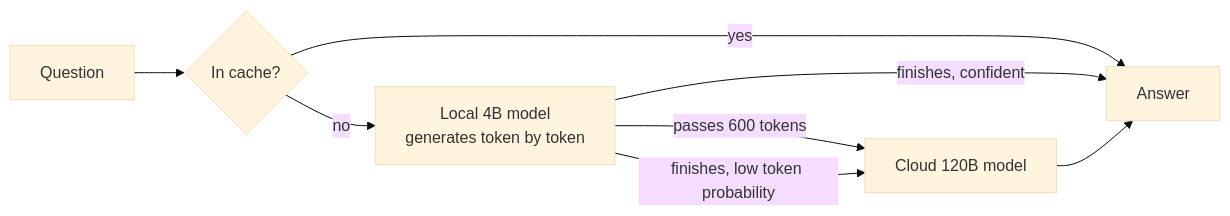
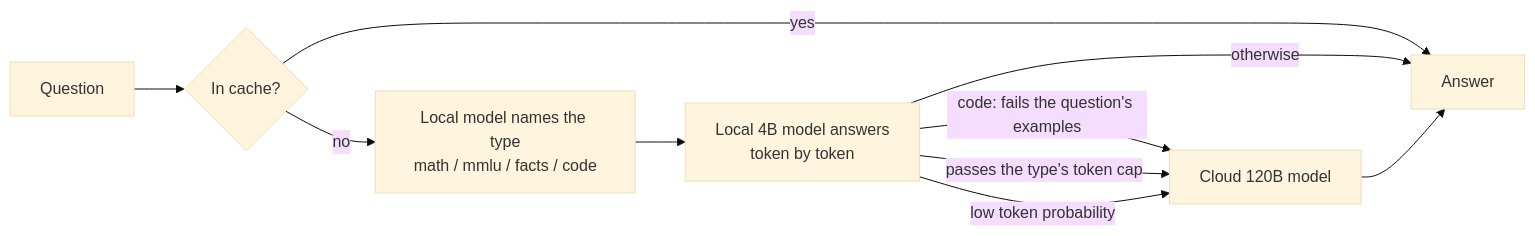
The diagram in README.md (amarshiv1966-sys/local-first-router), drawn with Mermaid (base theme) before and after one commit. The commit also changed other lines of this file, not shown here.

First line of the commit message:
README: per-type routing, type detection and execution-based code routing

````diff
--- a/README.md
+++ b/README.md
@@ -74,10 +81,12 @@
 ```mermaid
 flowchart LR
     Q[Question] --> C{In cache?}
     C -- yes --> A[Answer]
-    C -- no --> L[Local 4B model<br/>generates token by token]
-    L -- passes 600 tokens --> H[Cloud 120B model]
-    L -- finishes, low token probability --> H
-    L -- finishes, confident --> A
+    C -- no --> T[Local model names the type<br/>math / mmlu / facts / code]
+    T --> L[Local 4B model answers<br/>token by token]
+    L -- code: fails the question's examples --> H[Cloud 120B model]
+    L -- passes the type's token cap --> H
+    L -- low token probability --> H
+    L -- otherwise --> A
     H --> A
 ```
````
